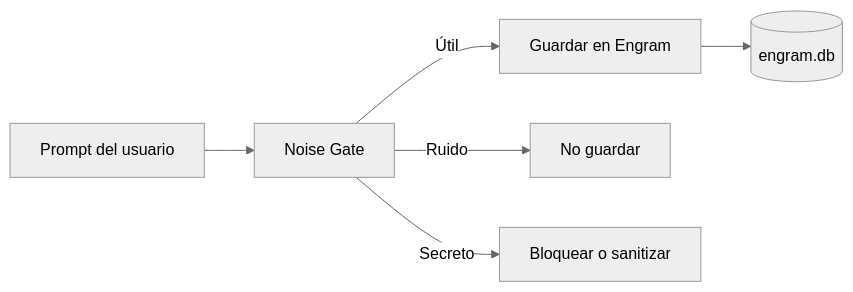
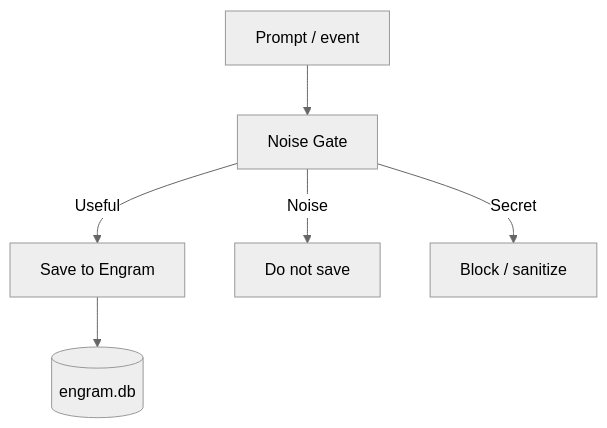
One commit to harrysxavio/opencode-architecture changed the fifth of 9 diagrams in README.md. Above: the diagram before and after it, drawn with Mermaid (neutral theme). The commit also changed other lines of this file and 5 other files, not shown here.

````diff
--- a/README.md
+++ b/README.md
@@ -237,8 +352,8 @@
 ```mermaid
-flowchart LR
-    P[Prompt del usuario] --> NG[Noise Gate]
-    NG -->|Útil| SAVE[Guardar en Engram]
-    NG -->|Ruido| DROP[No guardar]
-    NG -->|Secreto| BLOCK[Bloquear o sanitizar]
+flowchart TD
+    P[Prompt / event] --> NG[Noise Gate]
+    NG -->|Useful| SAVE[Save to Engram]
+    NG -->|Noise| DROP[Do not save]
+    NG -->|Secret| BLOCK[Block / sanitize]
     SAVE --> DB[(engram.db)]
 ```
````
